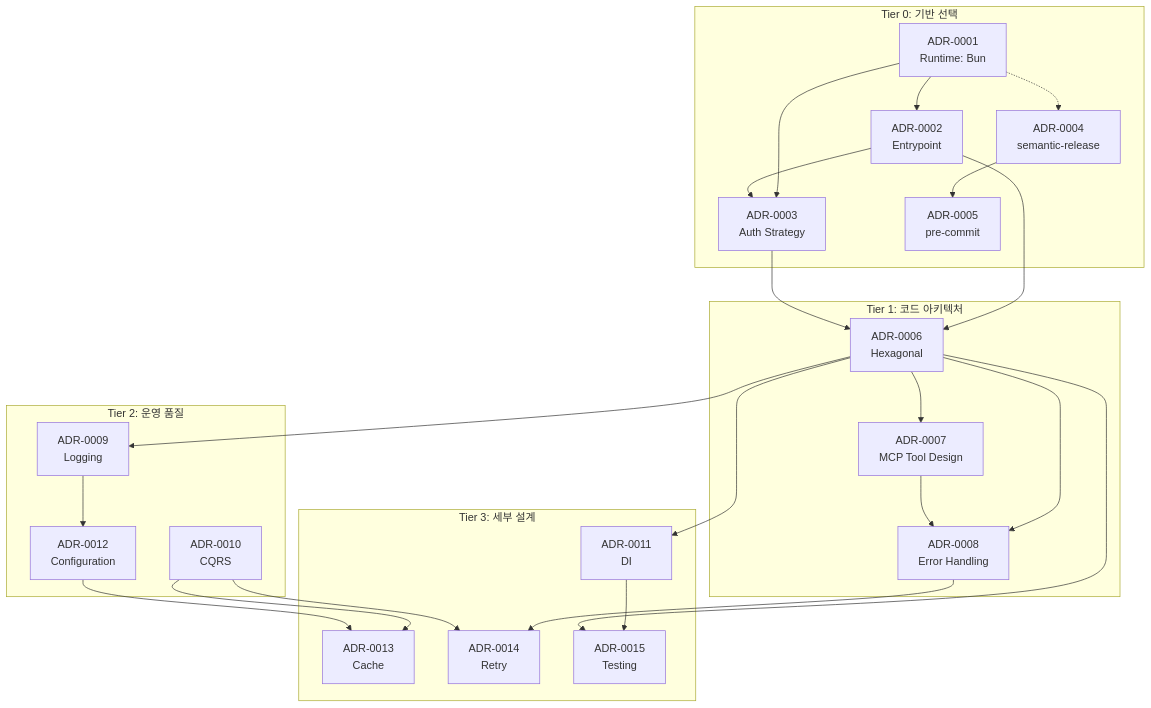
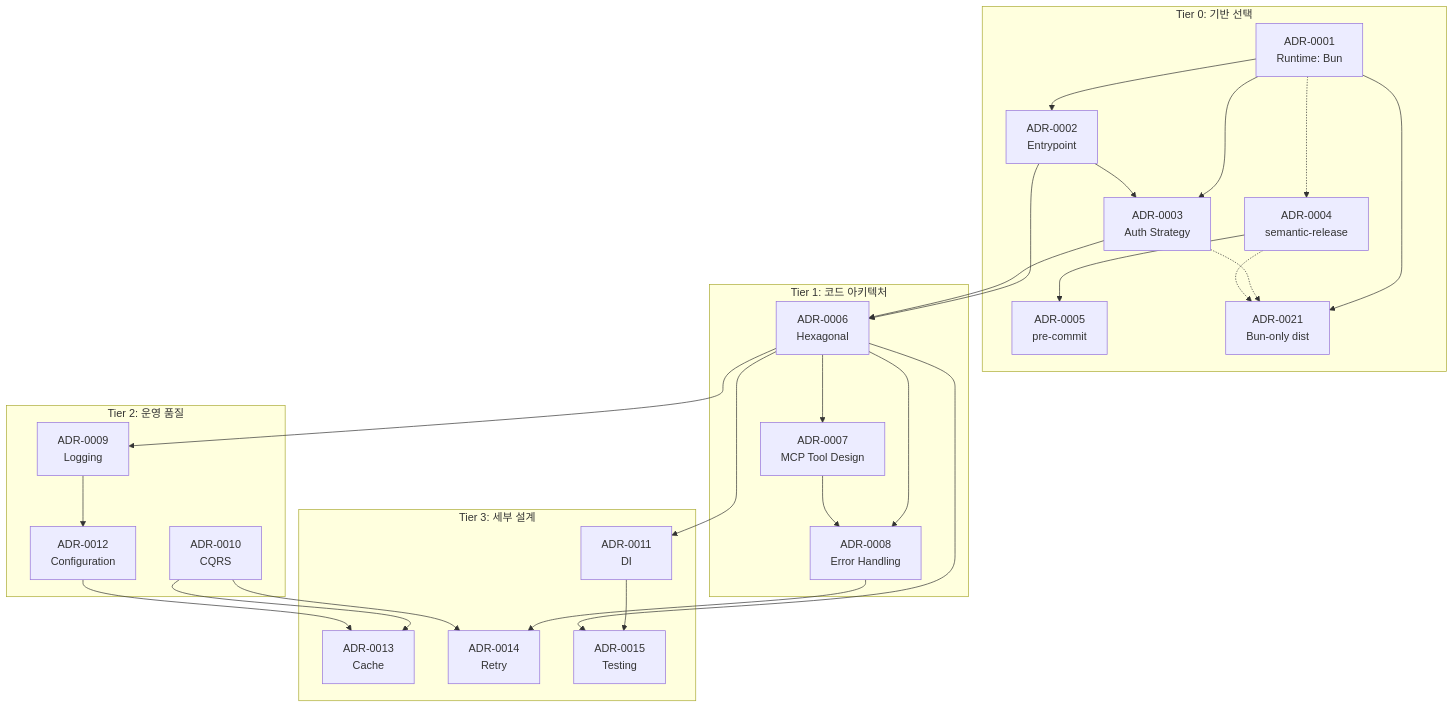
The first of 2 diagrams in docs/adr/README.md (kty1965/akiflow-toolkit), drawn with Mermaid before and after one commit. The commit also changed other lines of this file and 1 other file, not shown here.

First line of the commit message:
docs(adr): add ADR-0021 bun-only distribution (#51)

````diff
--- a/docs/adr/README.md
+++ b/docs/adr/README.md
@@ -76,49 +77,53 @@
 ```mermaid
 flowchart TB
     subgraph Tier0["Tier 0: 기반 선택"]
         ADR1[ADR-0001<br/>Runtime: Bun]
         ADR2[ADR-0002<br/>Entrypoint]
         ADR3[ADR-0003<br/>Auth Strategy]
         ADR4[ADR-0004<br/>semantic-release]
         ADR5[ADR-0005<br/>pre-commit]
+        ADR21[ADR-0021<br/>Bun-only dist]
     end
 
     subgraph Tier1["Tier 1: 코드 아키텍처"]
         ADR6[ADR-0006<br/>Hexagonal]
         ADR7[ADR-0007<br/>MCP Tool Design]
         ADR8[ADR-0008<br/>Error Handling]
     end
 
     subgraph Tier2["Tier 2: 운영 품질"]
         ADR9[ADR-0009<br/>Logging]
         ADR10[ADR-0010<br/>CQRS]
         ADR12[ADR-0012<br/>Configuration]
     end
 
     subgraph Tier3["Tier 3: 세부 설계"]
         ADR11[ADR-0011<br/>DI]
         ADR13[ADR-0013<br/>Cache]
         ADR14[ADR-0014<br/>Retry]
         ADR15[ADR-0015<br/>Testing]
     end
 
     ADR1 --> ADR2
     ADR1 --> ADR3
     ADR1 -.-> ADR4
     ADR4 --> ADR5
+    ADR1 --> ADR21
+    ADR3 -.-> ADR21
+    ADR4 -.-> ADR21
     ADR2 --> ADR3
     ADR2 --> ADR6
     ADR3 --> ADR6
     ADR6 --> ADR7
     ADR6 --> ADR8
     ADR6 --> ADR11
     ADR6 --> ADR9
     ADR7 --> ADR8
     ADR8 --> ADR14
     ADR9 --> ADR12
     ADR10 --> ADR13
     ADR10 --> ADR14
     ADR12 --> ADR13
     ADR11 --> ADR15
     ADR6 --> ADR15
 ```
````
